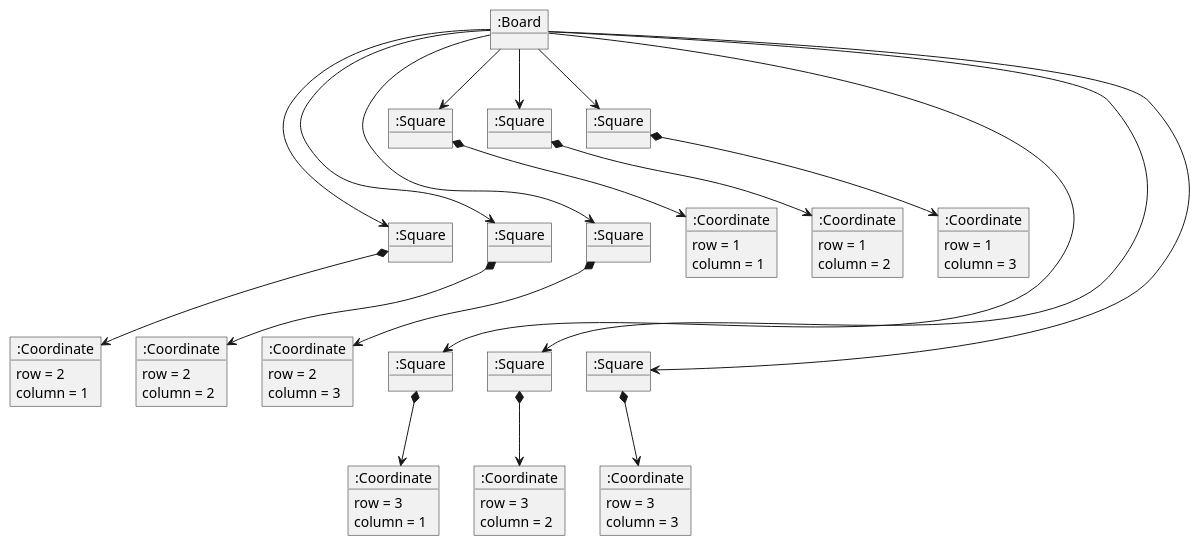
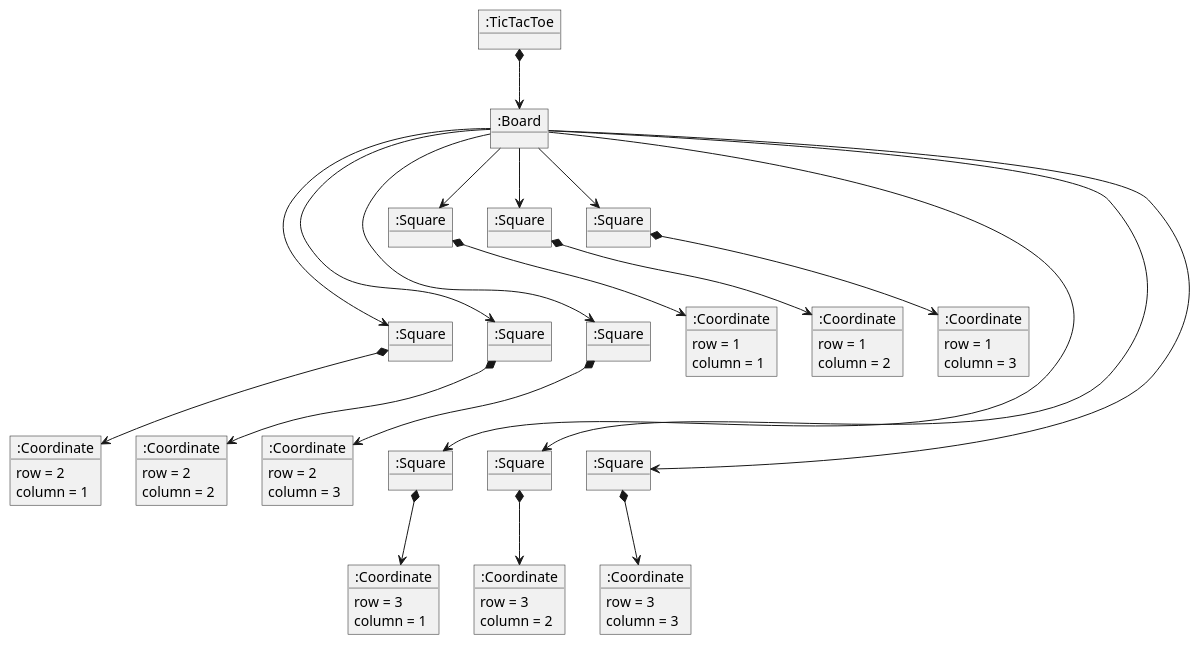
One commit to EscuelaIt/tictactoe-master-desarrollo-requirements changed the second of 4 diagrams in docs/diagrams/src/modeloDeDominio.plantuml. Above: the diagram before and after it, drawn with PlantUML. The commit also changed other lines of this file and 4 other files, not shown here.

Commit message:
DomainModel diagrams updated

```diff
--- a/docs/diagrams/src/modeloDeDominio.plantuml
+++ b/docs/diagrams/src/modeloDeDominio.plantuml
@@ -42,94 +42,97 @@
 @startuml EstadoInicial
 
 together {
-object ":Square" as Square11
-object ":Square" as Square12
-object ":Square" as Square13
+    object ":Square" as Square11
+    object ":Square" as Square12
+    object ":Square" as Square13
 
-object ":Square" as Square21
-object ":Square" as Square22
-object ":Square" as Square23
+    object ":Square" as Square21
+    object ":Square" as Square22
+    object ":Square" as Square23
 
-object ":Square" as Square31
-object ":Square" as Square32
-object ":Square" as Square33
+    object ":Square" as Square31
+    object ":Square" as Square32
+    object ":Square" as Square33
 
 }
 
 object ":Coordinate" as Coordinate11 {
-row = 1
-column = 1
+    row = 1
+    column = 1
 }
 object ":Coordinate" as Coordinate12 {
-row = 1
-column = 2
+    row = 1
+    column = 2
 }
 object ":Coordinate" as Coordinate13 {
-row = 1
-column = 3
+    row = 1
+    column = 3
 }
 
 object ":Coordinate" as Coordinate21 {
-row = 2
-column = 1
+    row = 2
+    column = 1
 }
 object ":Coordinate" as Coordinate22 {
-row = 2
-column = 2
+    row = 2
+    column = 2
 }
 object ":Coordinate" as Coordinate23 {
-row = 2
-column = 3
+    row = 2
+    column = 3
 }
 
 object ":Coordinate" as Coordinate31 {
-row = 3
-column = 1
+    row = 3
+    column = 1
 }
 object ":Coordinate" as Coordinate32 {
-row = 3
-column = 2
+    row = 3
+    column = 2
 }
 object ":Coordinate" as Coordinate33 {
-row = 3
-column = 3
+    row = 3
+    column = 3
 }
 
+object ":TicTacToe" as TicTacToe
 object ":Board" as Board
+
+TicTacToe *-down-> Board
 
 Board -->  Square11
 Board -->  Square12
 Board -->  Square13
 Board -->  Square21
 Board -->  Square22
 Board -->  Square23
 Board -->  Square31
 Board -->  Square32
 Board -->  Square33
 
 Square11 *-down-> Coordinate11
 Square12 *-down-> Coordinate12
 Square13 *-down-> Coordinate13
 Square21 *-down-> Coordinate21
 Square22 *-down-> Coordinate22
 Square23 *-down-> Coordinate23
 Square31 *-down-> Coordinate31
 Square32 *-down-> Coordinate32
 Square33 *-down-> Coordinate33
 
 Square11 -[hidden]right-> Square12
 Square12 -[hidden]right-> Square13
 Square21 -[hidden]right-> Square22
 Square22 -[hidden]right-> Square23
 Square31 -[hidden]right-> Square32
 Square32 -[hidden]right-> Square33
 
 Square11 -[hidden]down-> Square21
 Square12 -[hidden]down-> Square22
 Square13 -[hidden]down-> Square23
 
 Square21 -[hidden]down-> Square31
 Square22 -[hidden]down-> Square32
 Square23 -[hidden]down-> Square33
 
 @enduml
```
